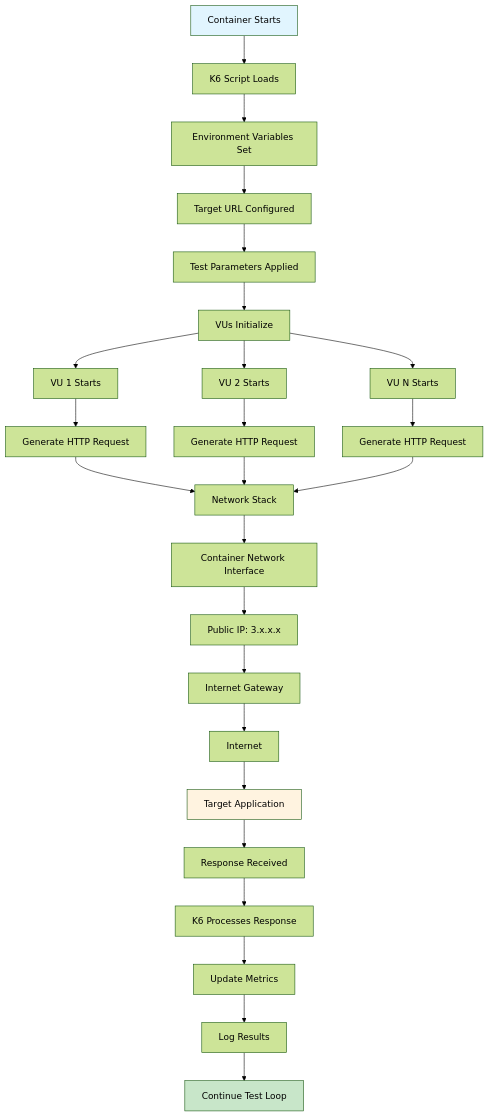
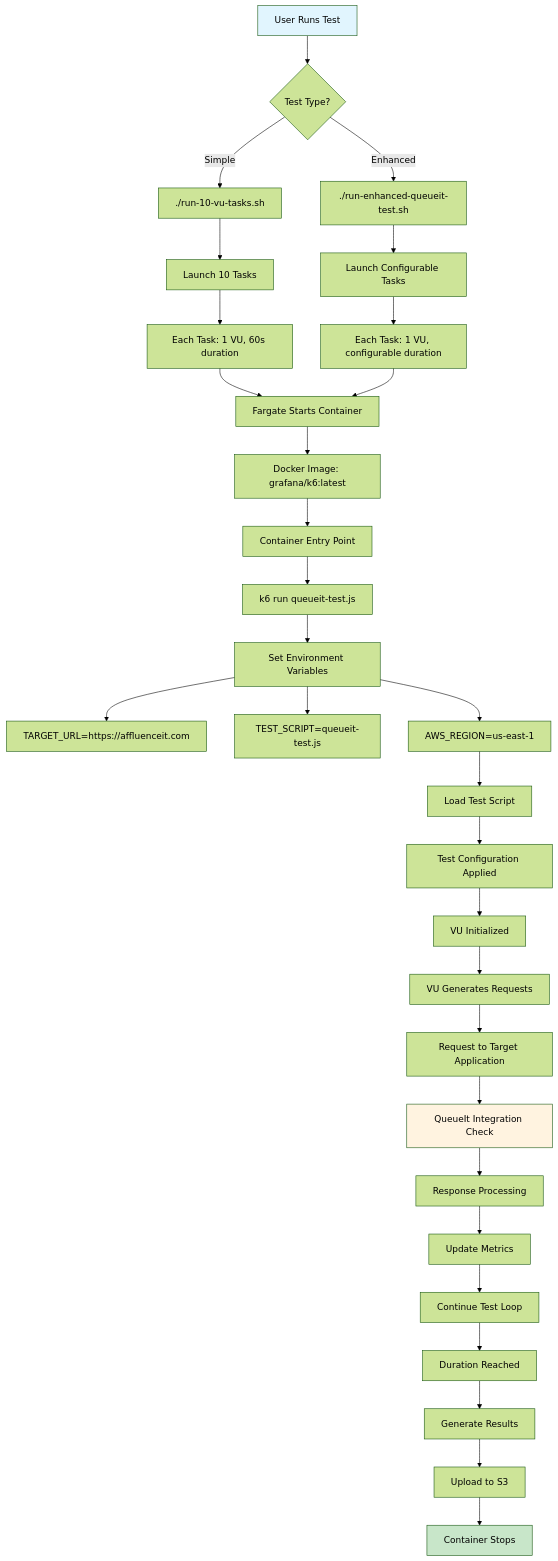
The second of 11 diagrams in testing-projects/iploads-with-k6-container/SOLUTION_ARCHITECTURE.md (stprojects3006/aflow-app), drawn with Mermaid (forest theme) before and after one commit. The commit also changed other lines of this file and 39 other files, not shown here.

````diff
--- a/testing-projects/iploads-with-k6-container/SOLUTION_ARCHITECTURE.md
+++ b/testing-projects/iploads-with-k6-container/SOLUTION_ARCHITECTURE.md
@@ -200,36 +257,43 @@
 ```mermaid
 flowchart TD
-    A[Container Starts] --> B[K6 Script Loads]
-    B --> C[Environment Variables Set]
-    C --> D[Target URL Configured]
-    D --> E[Test Parameters Applied]
-    E --> F[VUs Initialize]
+    A[User Runs Test] --> B{Test Type?}
+    B -->|Simple| C[./run-10-vu-tasks.sh]
+    B -->|Enhanced| D[./run-enhanced-queueit-test.sh]
     
-    F --> G[VU 1 Starts]
-    F --> H[VU 2 Starts]
-    F --> I[VU N Starts]
+    C --> E[Launch 10 Tasks]
+    D --> F[Launch Configurable Tasks]
     
-    G --> J[Generate HTTP Request]
-    H --> K[Generate HTTP Request]
-    I --> L[Generate HTTP Request]
+    E --> G[Each Task: 1 VU, 60s duration]
+    F --> H[Each Task: 1 VU, configurable duration]
     
-    J --> M[Network Stack]
-    K --> M
-    L --> M
+    G --> I[Fargate Starts Container]
+    H --> I
+    I --> J[Docker Image: grafana/k6:latest]
+    J --> K[Container Entry Point]
+    K --> L[k6 run queueit-test.js]
     
-    M --> N[Container Network Interface]
-    N --> O[Public IP: 3.x.x.x]
-    O --> P[Internet Gateway]
-    P --> Q[Internet]
-    Q --> R[Target Application]
+    L --> M[Set Environment Variables]
+    M --> N[TARGET_URL=https://affluenceit.com]
+    M --> O[TEST_SCRIPT=queueit-test.js]
+    M --> P[AWS_REGION=us-east-1]
     
-    R --> S[Response Received]
-    S --> T[K6 Processes Response]
-    T --> U[Update Metrics]
-    U --> V[Log Results]
-    V --> W[Continue Test Loop]
+    P --> Q[Load Test Script]
+    Q --> R[Test Configuration Applied]
+    R --> S[VU Initialized]
+    
+    S --> T[VU Generates Requests]
+    T --> U[Request to Target Application]
+    U --> V[QueueIt Integration Check]
+    V --> W[Response Processing]
+    W --> X[Update Metrics]
+    X --> Y[Continue Test Loop]
+    
+    Y --> Z[Duration Reached]
+    Z --> AA[Generate Results]
+    AA --> BB[Upload to S3]
+    BB --> CC[Container Stops]
     
     style A fill:#e1f5fe
-    style R fill:#fff3e0
-    style W fill:#c8e6c9
+    style V fill:#fff3e0
+    style CC fill:#c8e6c9
 ```
````
